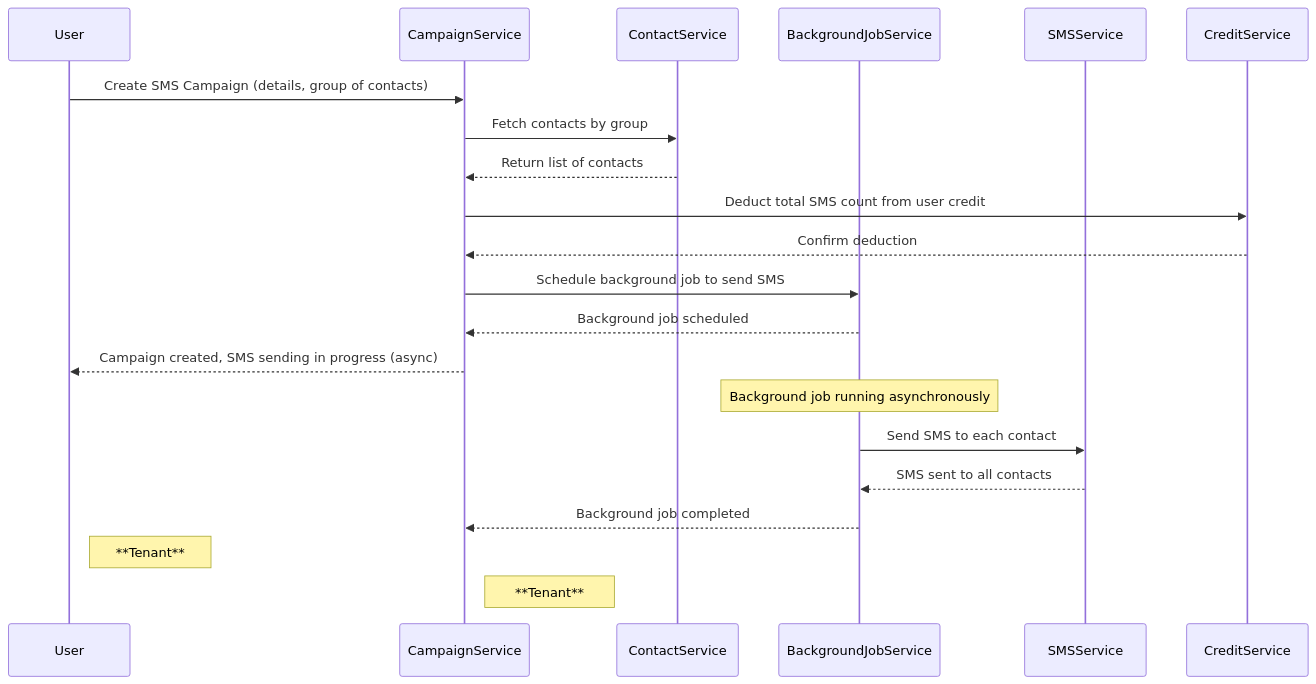
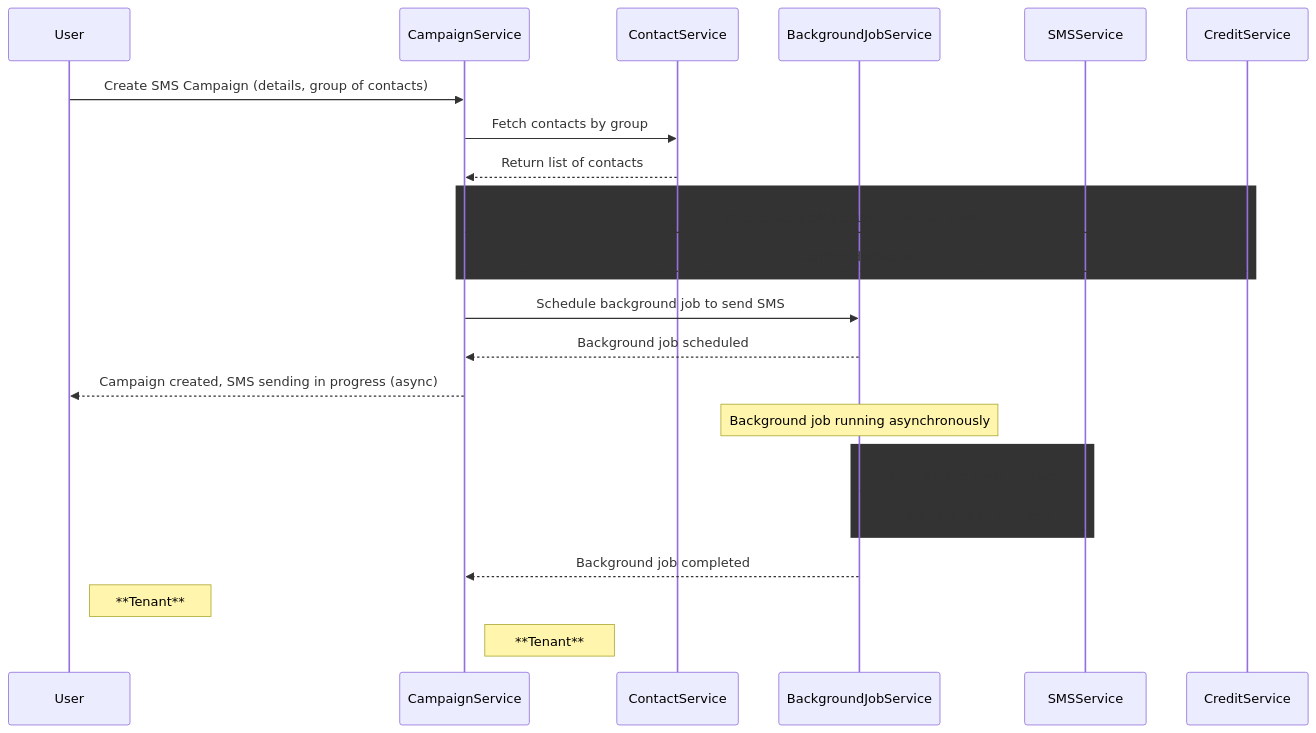
The diagram in diagram.mmd (Mah3/CameraPhotoUpload), drawn with Mermaid before and after one commit.

```diff
--- a/diagram.mmd
+++ b/diagram.mmd
@@ -1,29 +1,34 @@
 sequenceDiagram
     participant User
     participant CampaignService
     participant ContactService
     participant BackgroundJobService
     participant SMSService
     participant CreditService
 
     User->>CampaignService: Create SMS Campaign (details, group of contacts)
     CampaignService->>ContactService: Fetch contacts by group
     ContactService-->>CampaignService: Return list of contacts
 
-    CampaignService->>CreditService: Deduct total SMS count from user credit
-    CreditService-->>CampaignService: Confirm deduction
+    rect rgba(173, 216, 230, 0.3)  %% Grouping the deduction process
+        CampaignService->>CreditService: Deduct total SMS count from user credit
+        CreditService-->>CampaignService: Confirm deduction
+    end
 
     CampaignService->>BackgroundJobService: Schedule background job to send SMS
     BackgroundJobService-->>CampaignService: Background job scheduled
 
     CampaignService-->>User: Campaign created, SMS sending in progress (async)
 
     Note over BackgroundJobService: Background job running asynchronously
 
-    BackgroundJobService->>SMSService: Send SMS to each contact
-    SMSService-->>BackgroundJobService: SMS sent to all contacts
+    rect rgba(240, 230, 140, 0.3)  %% Grouping the SMS sending process
+        BackgroundJobService->>SMSService: Send SMS to each contact
+        SMSService-->>BackgroundJobService: SMS sent to all contacts
+    end
+
     BackgroundJobService-->>CampaignService: Background job completed
 
     %% Simulating bold "Tenant" as a note below the participants
     Note right of User: **Tenant**
     Note right of CampaignService: **Tenant**
```
